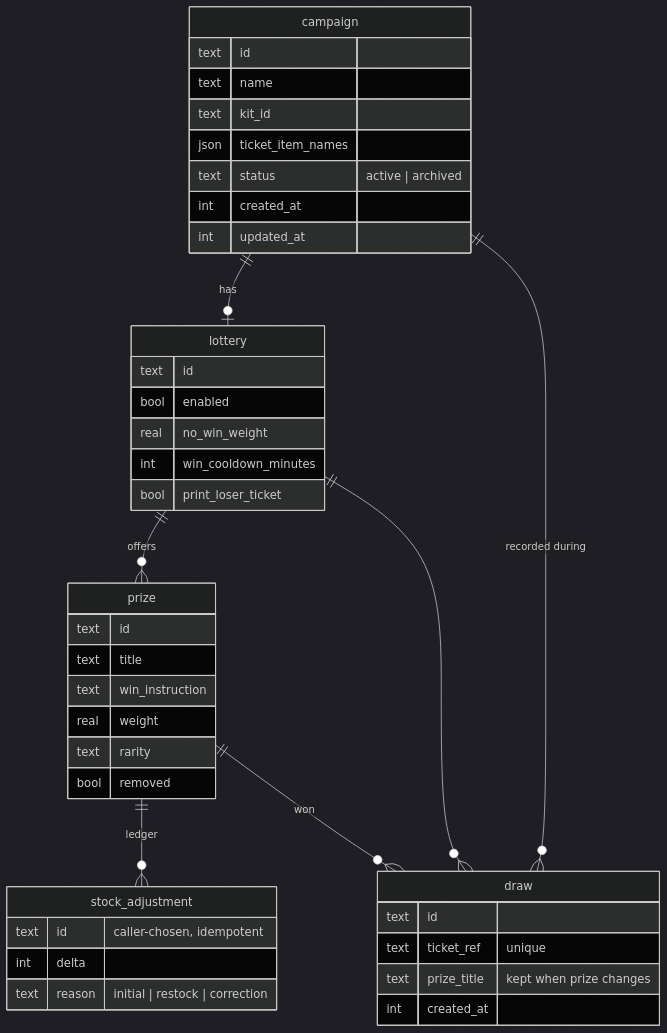
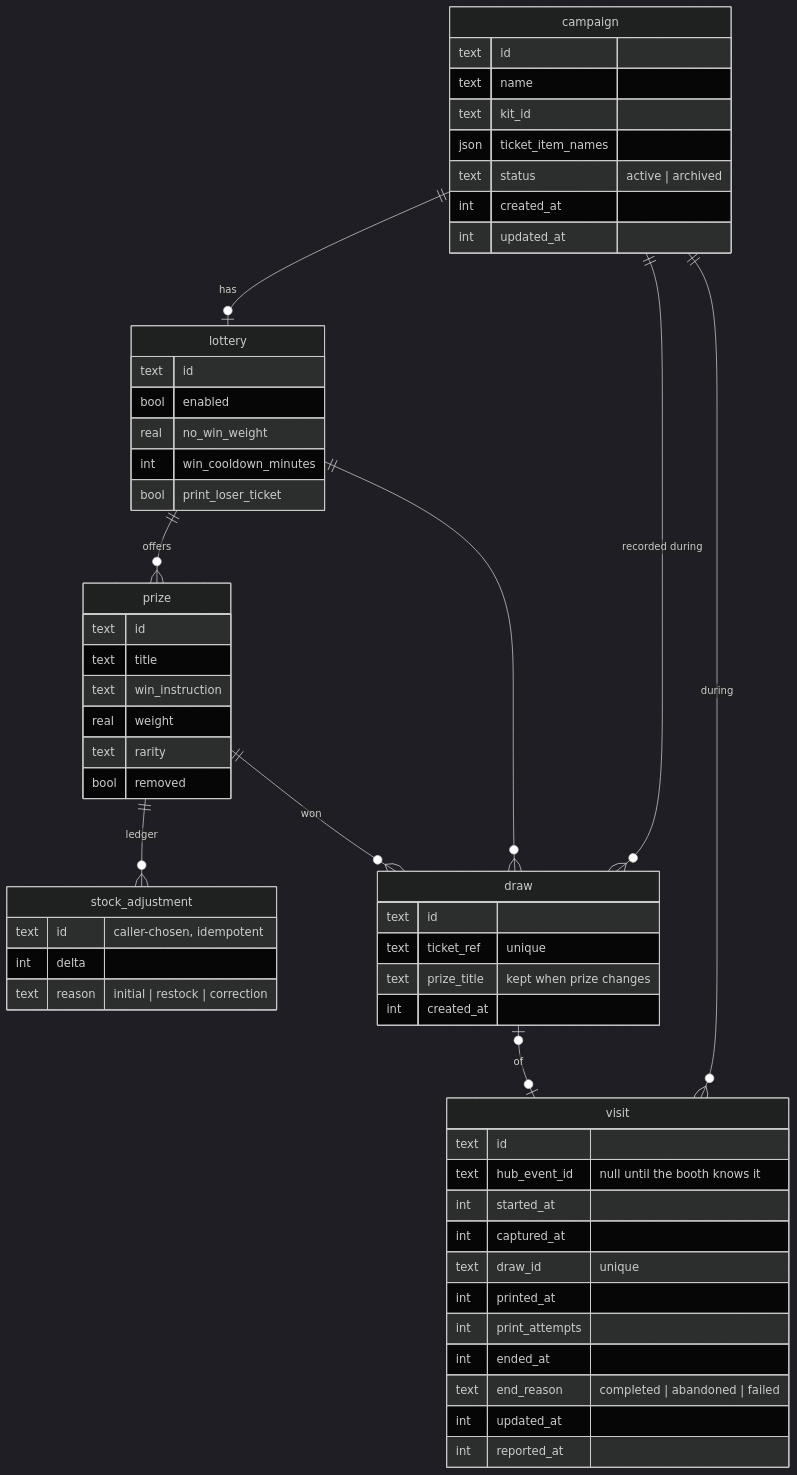
One commit to 99Stud/dither_booth changed the diagram in apps/docs/src/content/docs/architecture/data-model.md. Above: the diagram before and after it, drawn with Mermaid (dark theme). The commit also changed other lines of this file and 36 other files, not shown here.

First line of the commit message:
feat: the booth records every guest's visit; live visit tiles in admin

````diff
--- a/apps/docs/src/content/docs/architecture/data-model.md
+++ b/apps/docs/src/content/docs/architecture/data-model.md
@@ -12,44 +12,59 @@
 ```mermaid
 erDiagram
   campaign ||--o| lottery : "has"
   lottery ||--o{ prize : "offers"
   prize ||--o{ stock_adjustment : "ledger"
   campaign ||--o{ draw : "recorded during"
   lottery ||--o{ draw : ""
   prize ||--o{ draw : "won"
+  campaign ||--o{ visit : "during"
+  draw |o--o| visit : "of"
   campaign {
     text id
     text name
     text kit_id
     json ticket_item_names
     text status "active | archived"
     int created_at
     int updated_at
   }
   lottery {
     text id
     bool enabled
     real no_win_weight
     int win_cooldown_minutes
     bool print_loser_ticket
   }
   prize {
     text id
     text title
     text win_instruction
     real weight
     text rarity
     bool removed
   }
   stock_adjustment {
     text id "caller-chosen, idempotent"
     int delta
     text reason "initial | restock | correction"
   }
   draw {
     text id
     text ticket_ref "unique"
     text prize_title "kept when prize changes"
     int created_at
   }
+  visit {
+    text id
+    text hub_event_id "null until the booth knows it"
+    int started_at
+    int captured_at
+    text draw_id "unique"
+    int printed_at
+    int print_attempts
+    int ended_at
+    text end_reason "completed | abandoned | failed"
+    int updated_at
+    int reported_at
+  }
 ```
````
